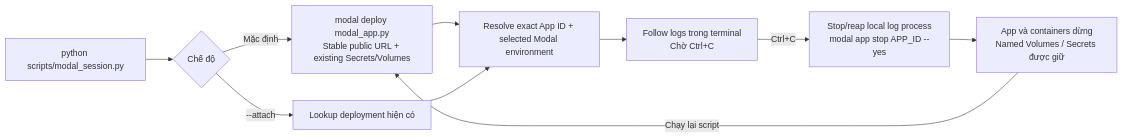
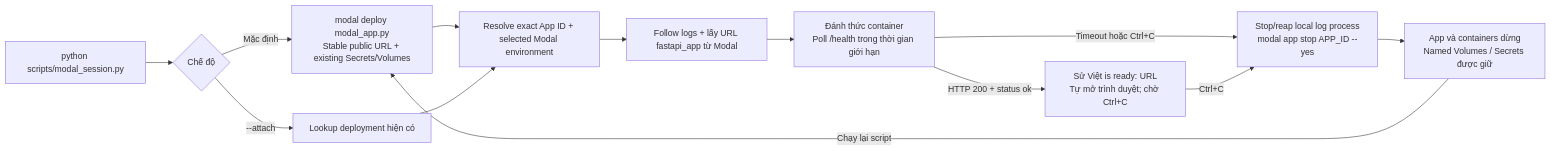
Before and after one commit to ChuTungDuongg/Chatbot_answering_vietnamese_history: the fifth of 5 diagrams in README.md, drawn with Mermaid. The commit also changed other lines of this file and 5 other files, not shown here.

````diff
--- a/README.md
+++ b/README.md
@@ -212,12 +212,15 @@
 ```mermaid
 flowchart LR
     Command["python scripts/modal_session.py"] --> Mode{"Chế độ"}
     Mode -->|Mặc định| Deploy["modal deploy modal_app.py<br/>Stable public URL + existing Secrets/Volumes"]
     Mode -->|--attach| Existing["Lookup deployment hiện có"]
     Deploy --> ID["Resolve exact App ID + selected Modal environment"]
     Existing --> ID
-    ID --> Follow["Follow logs trong terminal<br/>Chờ Ctrl+C"]
-    Follow -->|Ctrl+C| Cleanup["Stop/reap local log process<br/>modal app stop APP_ID --yes"]
+    ID --> Follow["Follow logs + lấy URL fastapi_app từ Modal"]
+    Follow --> Warm["Đánh thức container<br/>Poll /health trong thời gian giới hạn"]
+    Warm -->|HTTP 200 + status ok| Ready["Sử Việt is ready: URL<br/>Tự mở trình duyệt; chờ Ctrl+C"]
+    Warm -->|Timeout hoặc Ctrl+C| Cleanup["Stop/reap local log process<br/>modal app stop APP_ID --yes"]
+    Ready -->|Ctrl+C| Cleanup
     Cleanup --> Offline["App và containers dừng<br/>Named Volumes / Secrets được giữ"]
     Offline -->|Chạy lại script| Deploy
 ```
````
